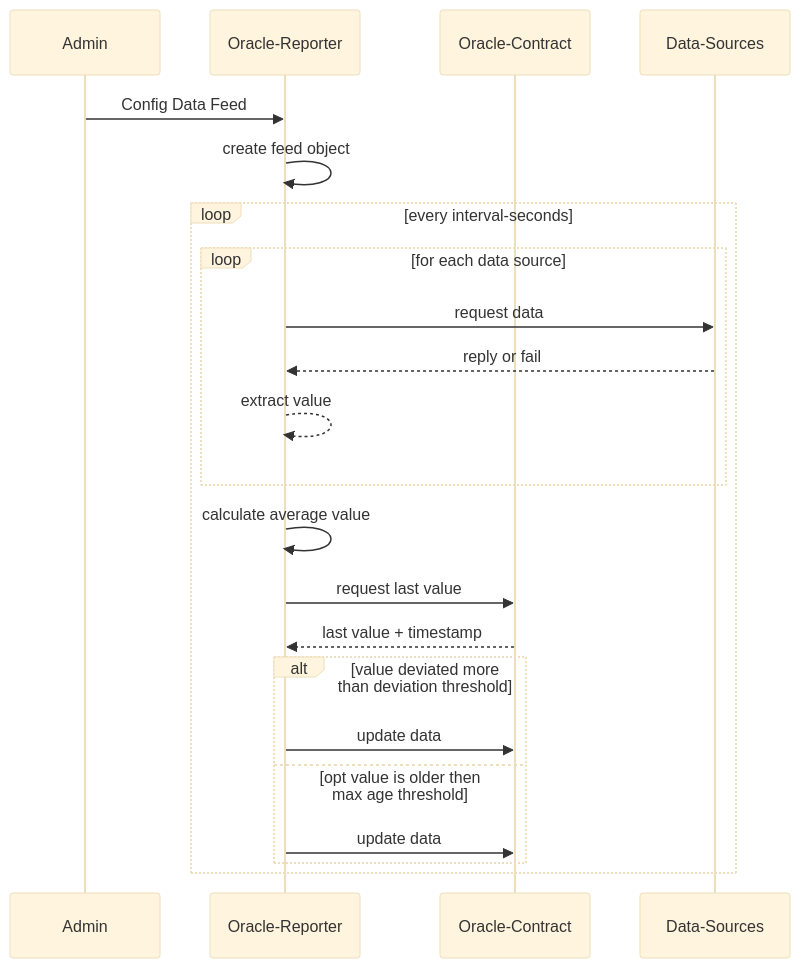
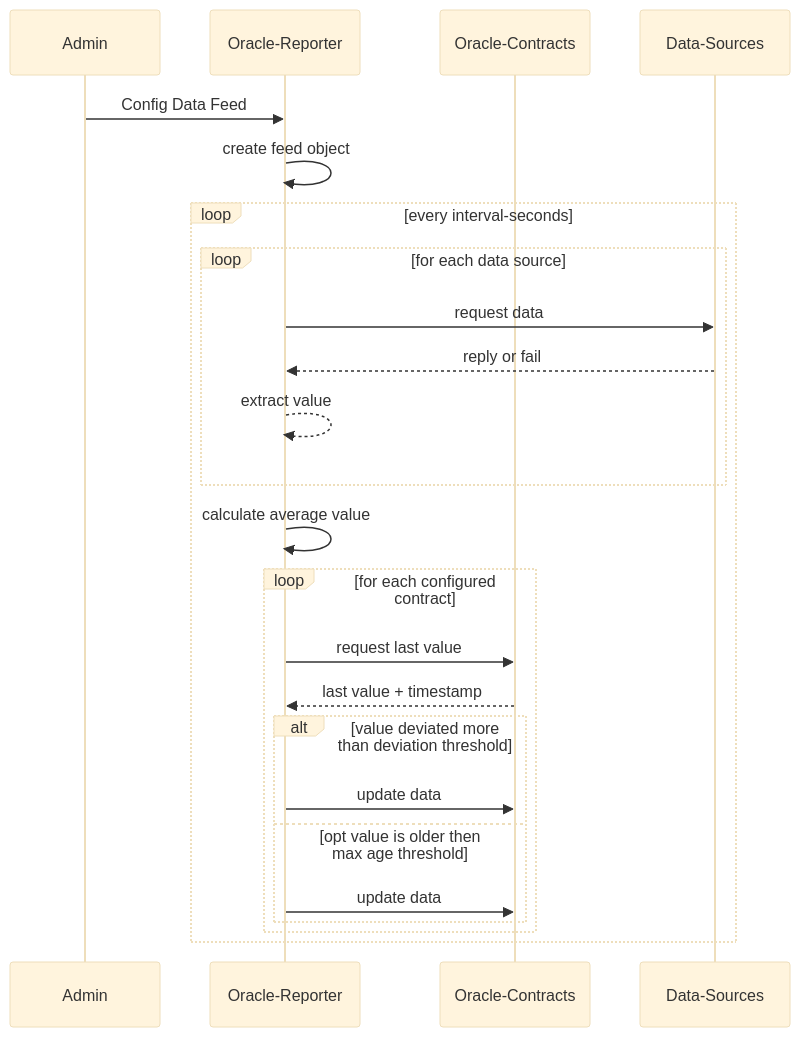
The diagram in README.md (vechain-energy/oracle.vechain.energy), drawn with Mermaid (base theme) before and after one commit.

Commit message:
Update documentation [ci skip]

````diff
--- a/README.md
+++ b/README.md
@@ -25,30 +25,32 @@
 ```mermaid
 sequenceDiagram
     participant Admin
     participant Oracle-Reporter
-    participant Oracle-Contract
+    participant Oracle-Contracts
     participant Data-Sources
 
     Admin->>Oracle-Reporter: Config Data Feed
     Oracle-Reporter->>Oracle-Reporter: create feed object
     loop every interval-seconds
 
       loop for each data source
         Oracle-Reporter->>Data-Sources: request data
         Data-Sources-->>Oracle-Reporter: reply or fail
 
        Oracle-Reporter-->>Oracle-Reporter: extract value
        end 
 
        Oracle-Reporter->>Oracle-Reporter: calculate average value
 
-       Oracle-Reporter->>Oracle-Contract: request last value
-       Oracle-Contract-->>Oracle-Reporter: last value + timestamp
+       loop for each configured contract
+         Oracle-Reporter->>Oracle-Contracts: request last value
+         Oracle-Contracts-->>Oracle-Reporter: last value + timestamp
 
-        alt value deviated more than deviation threshold
-          Oracle-Reporter->>Oracle-Contract: update data
-        else opt value is older then max age threshold
-          Oracle-Reporter->>Oracle-Contract: update data
+          alt value deviated more than deviation threshold
+            Oracle-Reporter->>Oracle-Contracts: update data
+          else opt value is older then max age threshold
+            Oracle-Reporter->>Oracle-Contracts: update data
+        end
       end
     end
 ```
````
